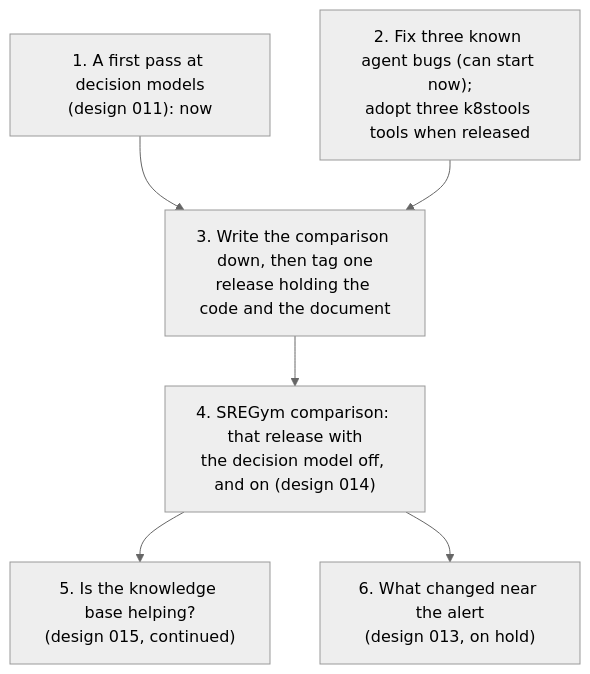
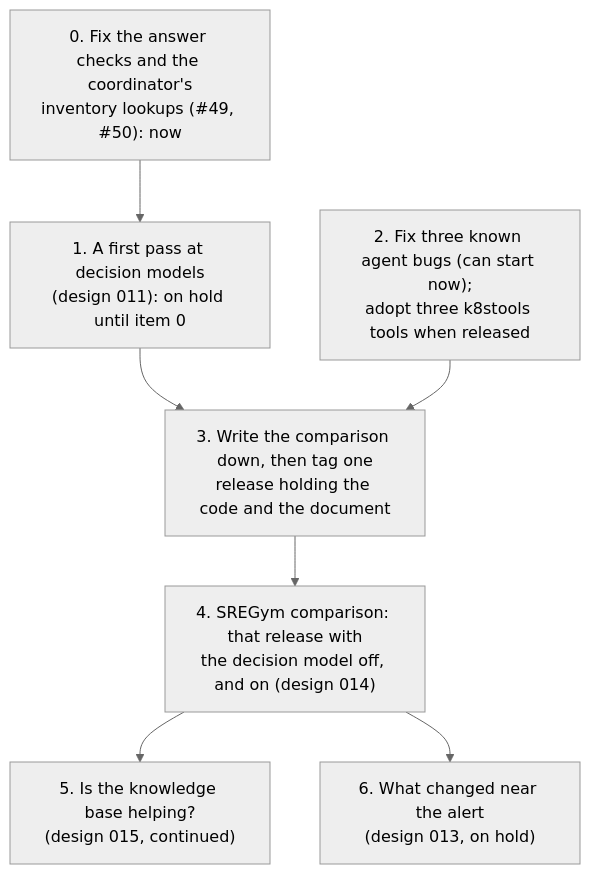
Before and after one commit to BenedatLLC/k8srca: the diagram in docs/todo.md, drawn with Mermaid (neutral theme). The commit also changed other lines of this file and 4 other files, not shown here.

First line of the commit message:
Design 011 on hold while #49 and #50 go in first

````diff
--- a/docs/todo.md
+++ b/docs/todo.md
@@ -67,14 +67,16 @@
 ```mermaid
 flowchart TD
-  J["1. A first pass at decision models<br/>(design 011): now"]
+  Z["0. Fix the answer checks and the coordinator's<br/>inventory lookups (#49, #50): now"]
+  J["1. A first pass at decision models<br/>(design 011): on hold until item 0"]
   F["2. Fix three known agent bugs (can start now);<br/>adopt three k8stools tools when released"]
   T["3. Write the comparison down, then tag one<br/>release holding the code and the document"]
   S["4. SREGym comparison: that release with<br/>the decision model off, and on (design 014)"]
   K["5. Is the knowledge base helping?<br/>(design 015, continued)"]
   W["6. What changed near the alert<br/>(design 013, on hold)"]
+  Z --> J
   J --> T
   F --> T
   T --> S
   S --> K
   S --> W
 ```
````
